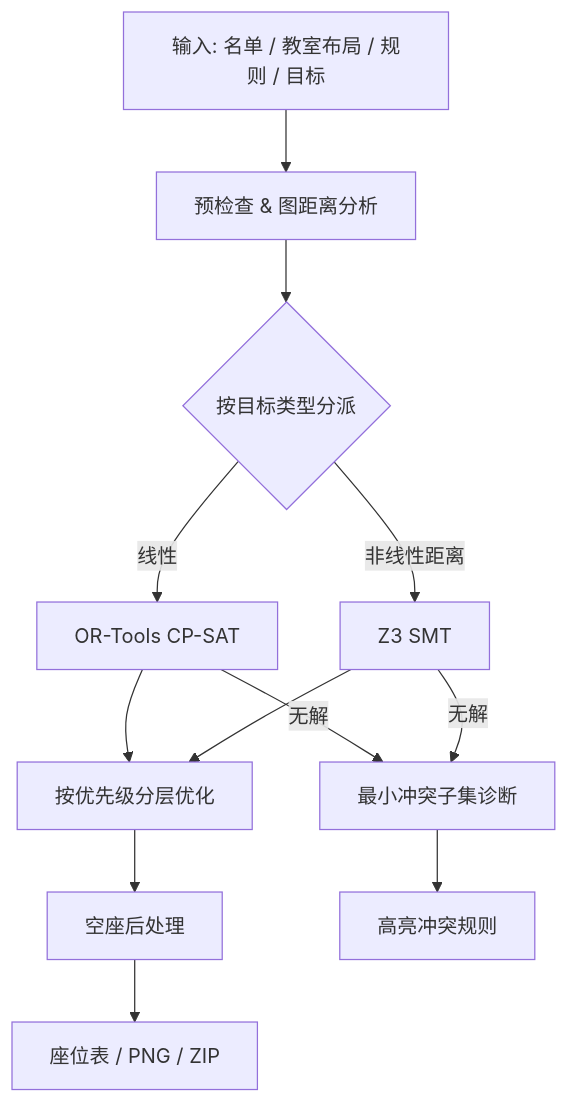
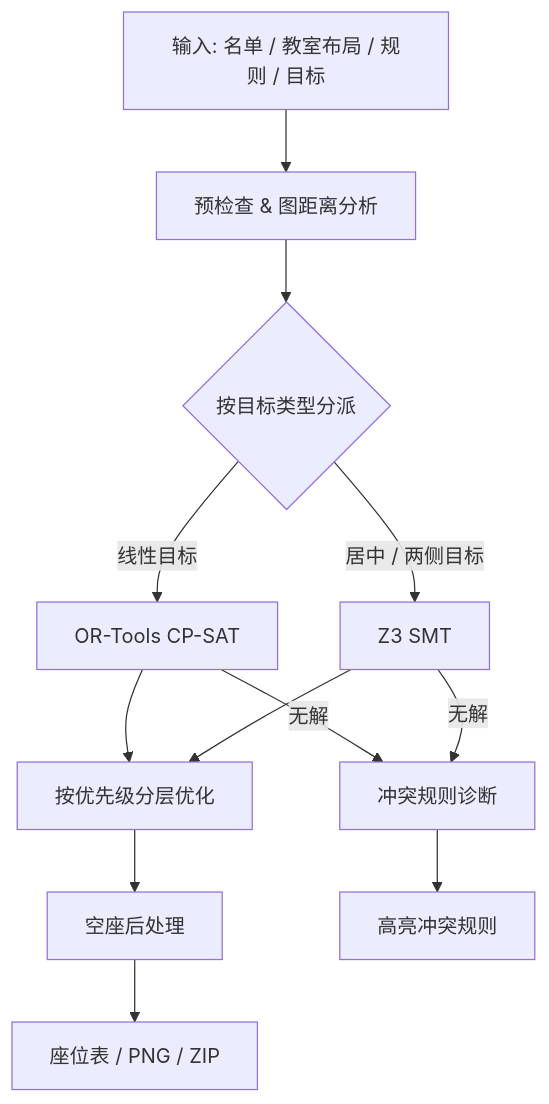
One commit to SECTL/PokeSeats changed the diagram in README.md. Above: the diagram before and after it, drawn with Mermaid. The commit also changed other lines of this file, not shown here.

````diff
--- a/README.md
+++ b/README.md
@@ -32,14 +32,14 @@
 ```mermaid
 flowchart TD
     A[输入: 名单 / 教室布局 / 规则 / 目标] --> B[预检查 & 图距离分析]
     B --> C{按目标类型分派}
-    C -- 线性 --> D[OR-Tools CP-SAT]
-    C -- 非线性距离 --> E[Z3 SMT]
+    C -- 线性目标 --> D[OR-Tools CP-SAT]
+    C -- 居中 / 两侧目标 --> E[Z3 SMT]
     D --> F[按优先级分层优化]
     E --> F
     F --> G[空座后处理]
     G --> H[座位表 / PNG / ZIP]
-    D -- 无解 --> I[最小冲突子集诊断]
+    D -- 无解 --> I[冲突规则诊断]
     E -- 无解 --> I
     I --> J[高亮冲突规则]
 ```
````
